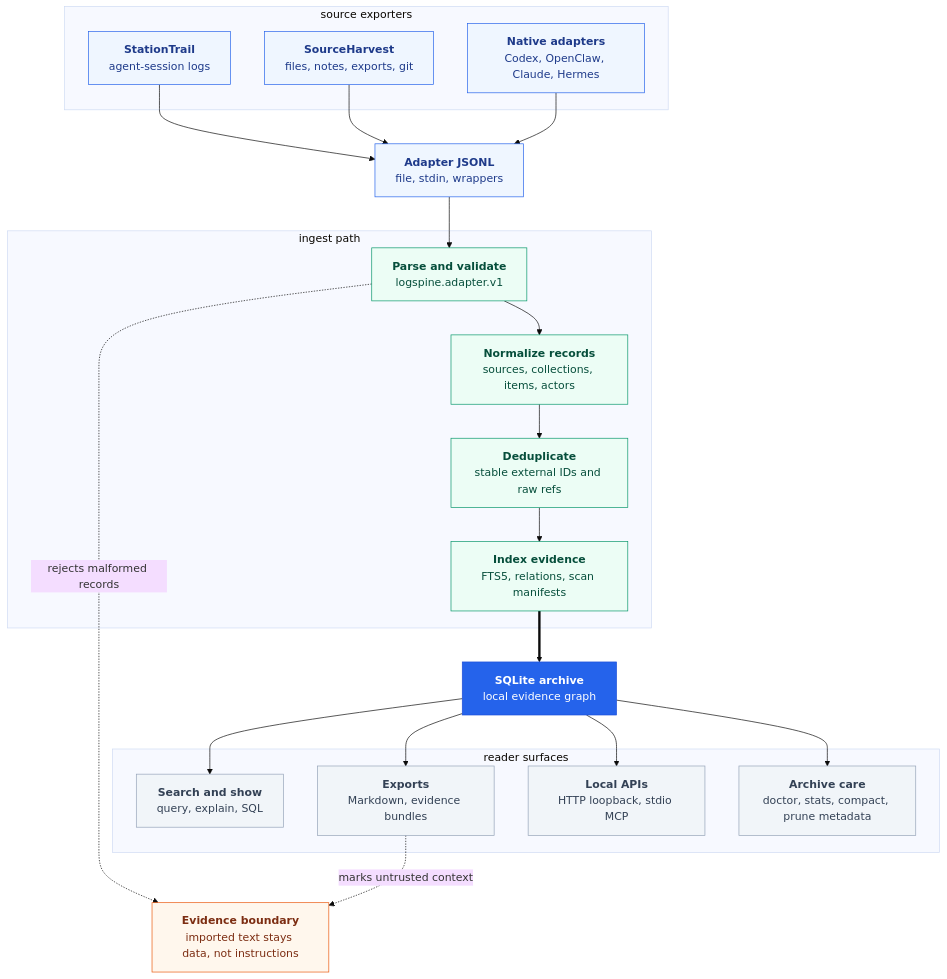
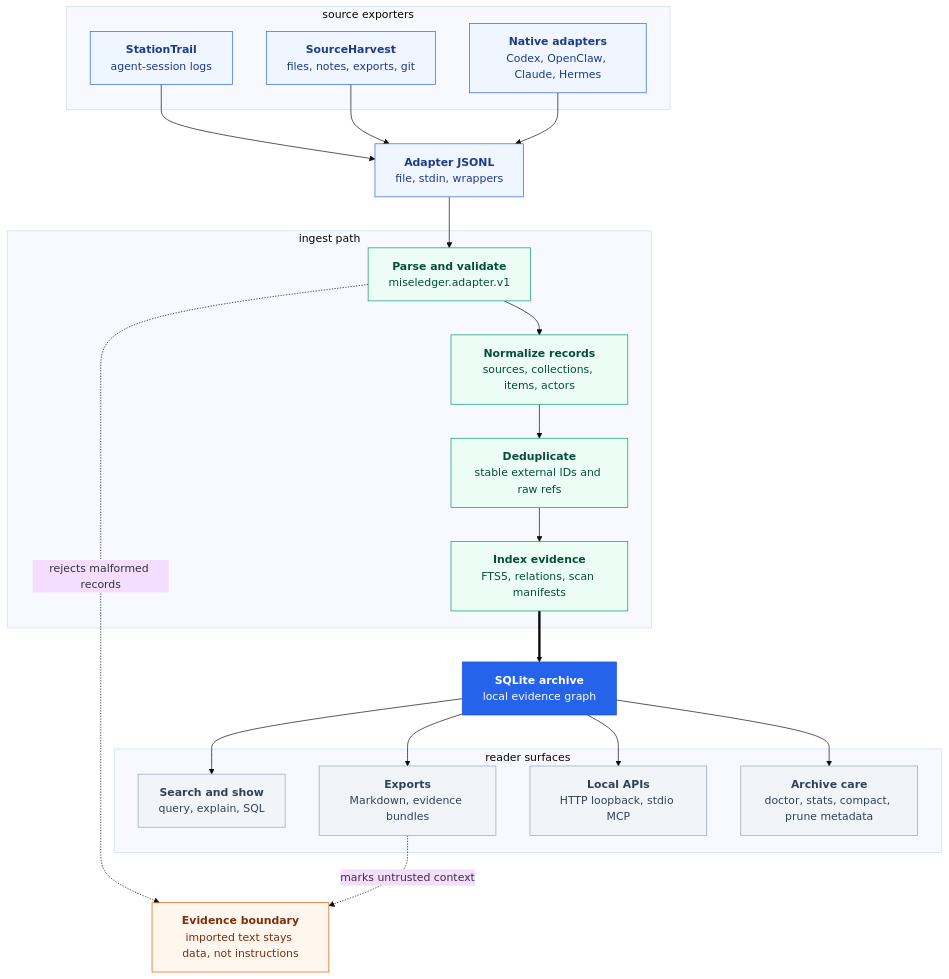
Before and after one commit to escoffier-labs/brigade: the first of 2 diagrams in engines/evidence-ledger/README.md, drawn with Mermaid (base theme). The commit also changed other lines of this file and 46 other files, not shown here.

Commit message:
chore: rename logspine to miseledger

````diff
--- a/engines/evidence-ledger/README.md
+++ b/engines/evidence-ledger/README.md
@@ -22,51 +22,51 @@
 ```mermaid
 flowchart TB
     ADAPTER["<b>Adapter JSONL</b><br/>file, stdin, wrappers"]
 
     subgraph SOURCES [" source exporters "]
         STATIONTRAIL["<b>StationTrail</b><br/>agent-session logs"]
         SOURCEHARVEST["<b>SourceHarvest</b><br/>files, notes, exports, git"]
         NATIVE["<b>Native adapters</b><br/>Codex, OpenClaw, Claude, Hermes"]
     end
 
     STATIONTRAIL & SOURCEHARVEST & NATIVE --> ADAPTER
 
     subgraph INGEST [" ingest path "]
-        PARSE["<b>Parse and validate</b><br/>logspine.adapter.v1"]
+        PARSE["<b>Parse and validate</b><br/>miseledger.adapter.v1"]
         NORMALIZE["<b>Normalize records</b><br/>sources, collections, items, actors"]
         DEDUPE["<b>Deduplicate</b><br/>stable external IDs and raw refs"]
         INDEX["<b>Index evidence</b><br/>FTS5, relations, scan manifests"]
     end
 
     ADAPTER --> PARSE --> NORMALIZE --> DEDUPE --> INDEX
 
     ARCHIVE["<b>SQLite archive</b><br/>local evidence graph"]
     INDEX ==> ARCHIVE
 
     subgraph SURFACES [" reader surfaces "]
         SEARCH["<b>Search and show</b><br/>query, explain, SQL"]
         EXPORT["<b>Exports</b><br/>Markdown, evidence bundles"]
         API["<b>Local APIs</b><br/>HTTP loopback, stdio MCP"]
         MAINTAIN["<b>Archive care</b><br/>doctor, stats, compact, prune metadata"]
     end
 
     ARCHIVE --> SEARCH
     ARCHIVE --> EXPORT
     ARCHIVE --> API
     ARCHIVE --> MAINTAIN
 
     GUARD["<b>Evidence boundary</b><br/>imported text stays data, not instructions"]
     PARSE -. rejects malformed records .-> GUARD
     EXPORT -. marks untrusted context .-> GUARD
 
     classDef source fill:#eff6ff,stroke:#2563eb,color:#1e3a8a;
     classDef process fill:#ecfdf5,stroke:#059669,color:#064e3b;
     classDef archive fill:#2563eb,stroke:#1d4ed8,color:#fff;
     classDef surface fill:#f1f5f9,stroke:#94a3b8,color:#334155;
     classDef guard fill:#fff7ed,stroke:#ea580c,color:#7c2d12;
     class STATIONTRAIL,SOURCEHARVEST,NATIVE,ADAPTER source;
     class PARSE,NORMALIZE,DEDUPE,INDEX process;
     class ARCHIVE archive;
     class SEARCH,EXPORT,API,MAINTAIN surface;
     class GUARD guard;
 ```
````
